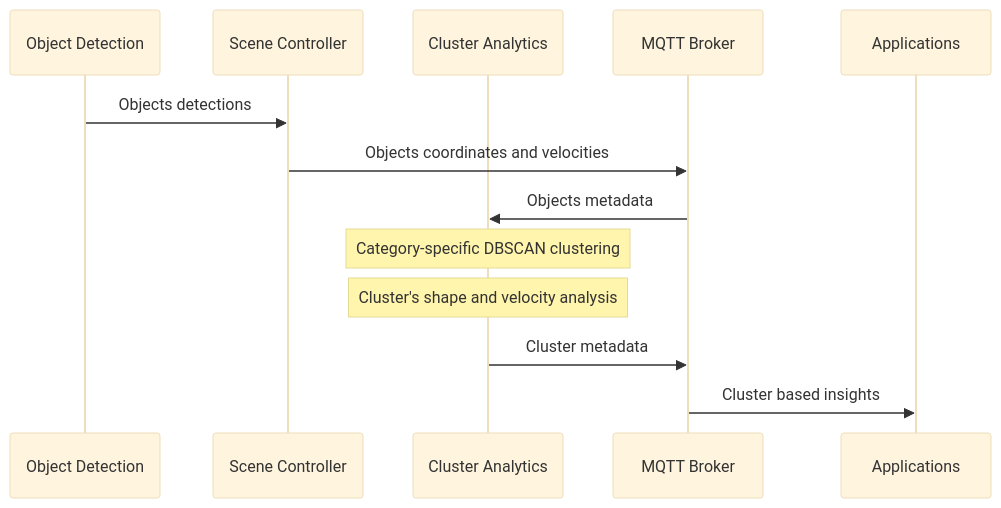
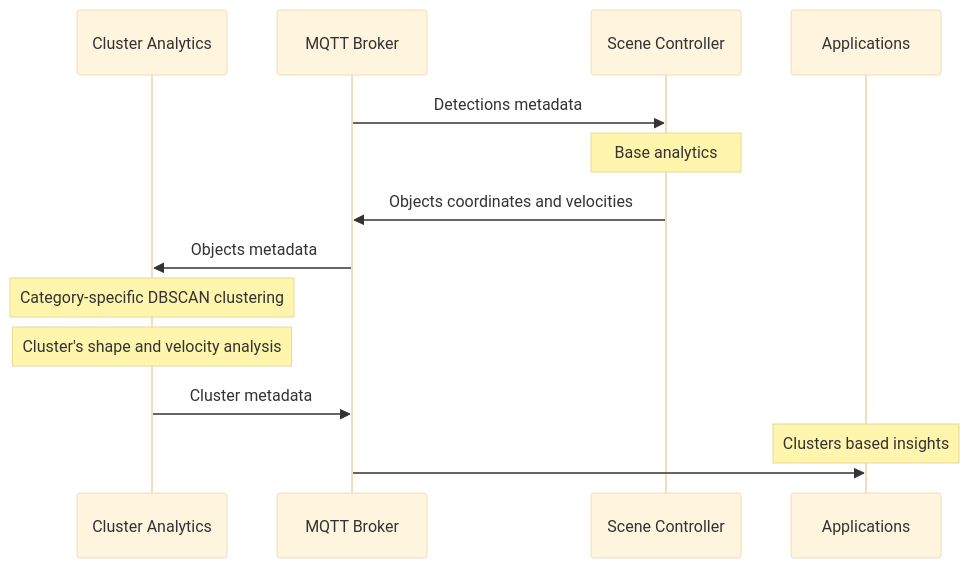
Before and after one commit to open-edge-platform/scenescape: the third of 3 diagrams in cluster_analytics/docs/user-guide/overview.md, drawn with Mermaid (base theme).

Commit message:
Update dataflow diagram

````diff
--- a/cluster_analytics/docs/user-guide/overview.md
+++ b/cluster_analytics/docs/user-guide/overview.md
@@ -434,18 +434,20 @@
 ```mermaid
 sequenceDiagram
-    participant OD as Object Detection
-    participant SC as Scene Controller
+
     participant CA as Cluster Analytics
     participant MQTT as MQTT Broker
+    participant SC as Scene Controller
     participant APP as Applications
 
-    OD->>SC: Objects detections
+    MQTT->>SC: Detections metadata
+    Note over SC: Base analytics 
     SC->>MQTT: Objects coordinates and velocities
     MQTT->>CA: Objects metadata
 
     Note over CA: Category-specific DBSCAN clustering
     Note over CA: Cluster's shape and velocity analysis
 
     CA->>MQTT: Cluster metadata
-    MQTT->>APP: Cluster based insights
+    Note over APP: Clusters based insights
+    MQTT->>APP:
 ```
````
